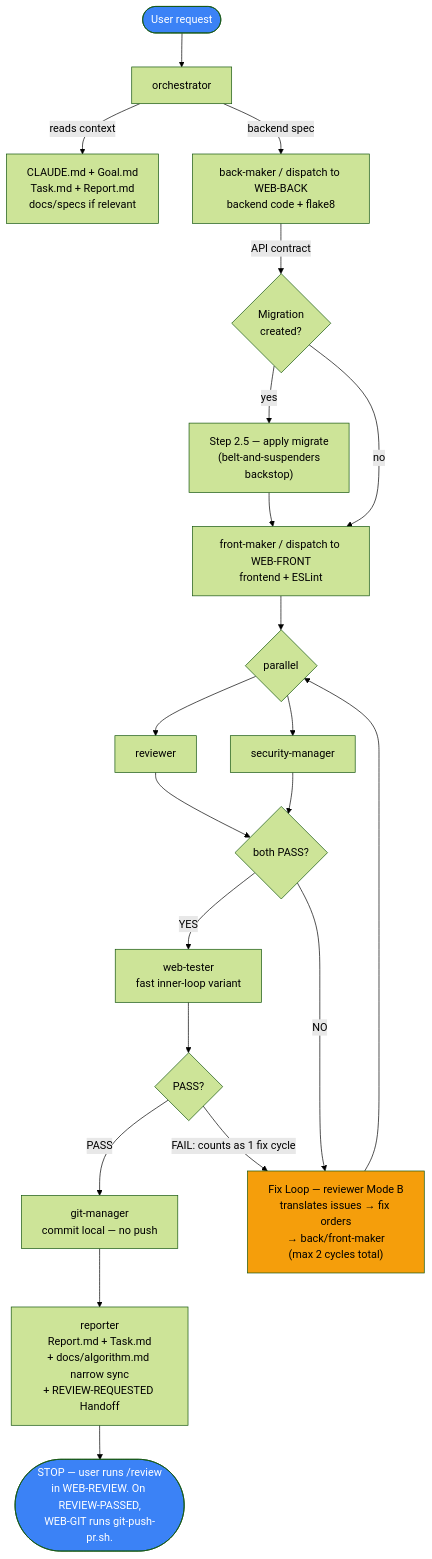
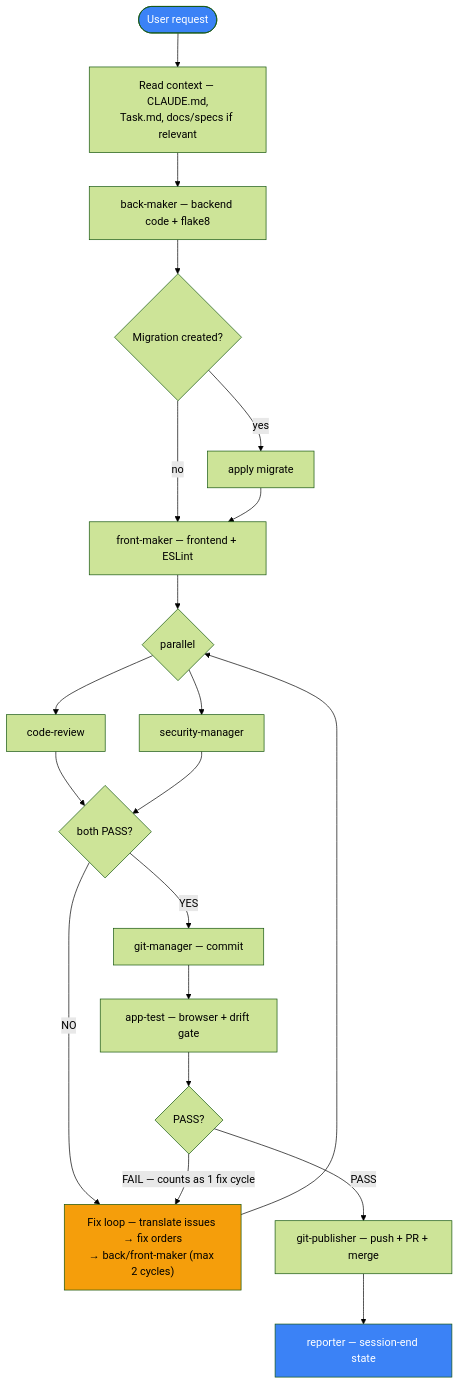
Before and after one commit to hongikarchi/archi-tinder: the second of 2 diagrams in .claude/WORKFLOW.md, drawn with Mermaid (forest theme). The commit also changed other lines of this file and 161 other files, not shown here.

````diff
--- a/.claude/WORKFLOW.md
+++ b/.claude/WORKFLOW.md
@@ -330,27 +62,26 @@
 ```mermaid
 flowchart TD
-    Start([User request]) --> Orch[orchestrator]
-    Orch -->|reads context| Ctx[CLAUDE.md + Goal.md<br/>Task.md + Report.md<br/>docs/specs if relevant]
-    Orch -->|backend spec| BM[back-maker / dispatch to WEB-BACK<br/>backend code + flake8]
-    BM -->|API contract| Mig{Migration<br/>created?}
-    Mig -->|yes| Migrate["Step 2.5 — apply migrate<br/>(belt-and-suspenders<br/>backstop)"]
+    Start([User request]) --> Ctx[Read context — CLAUDE.md,<br/>Task.md, docs/specs if relevant]
+    Ctx --> BM[back-maker — backend code + flake8]
+    BM --> Mig{Migration created?}
+    Mig -->|yes| Migrate[apply migrate]
     Mig -->|no| FM
-    Migrate --> FM[front-maker / dispatch to WEB-FRONT<br/>frontend + ESLint]
+    Migrate --> FM[front-maker — frontend + ESLint]
     FM --> Par{parallel}
-    Par --> RV[reviewer]
+    Par --> RV[code-review]
     Par --> SC[security-manager]
     RV --> Dec{both PASS?}
     SC --> Dec
-    Dec -->|YES| WT[web-tester<br/>fast inner-loop variant]
-    Dec -->|NO| FL["Fix Loop — reviewer Mode B<br/>translates issues → fix orders<br/>→ back/front-maker<br/>(max 2 cycles total)"]
+    Dec -->|NO| FL["Fix loop — translate issues → fix orders<br/>→ back/front-maker (max 2 cycles)"]
     FL --> Par
-    WT --> WD{PASS?}
-    WD -->|PASS| GM[git-manager<br/>commit local — no push]
-    WD -->|FAIL: counts as 1 fix cycle| FL
-    GM --> RP[reporter<br/>Report.md + Task.md<br/>+ docs/algorithm.md narrow sync<br/>+ REVIEW-REQUESTED Handoff]
-    RP --> Stop([STOP — user runs /review<br/>in WEB-REVIEW. On REVIEW-PASSED,<br/>WEB-GIT runs git-push-pr.sh.])
+    Dec -->|YES| GM[git-manager — commit]
+    GM --> AT[app-test — browser + drift gate]
+    AT --> ATv{PASS?}
+    ATv -->|FAIL — counts as 1 fix cycle| FL
+    ATv -->|PASS| Pub[git-publisher — push + PR + merge]
+    Pub --> RP[reporter — session-end state]
 
     style Start fill:#3b82f6,color:#fff
-    style Stop fill:#3b82f6,color:#fff
     style FL fill:#f59e0b,color:#000
+    style RP fill:#3b82f6,color:#fff
 ```
````
